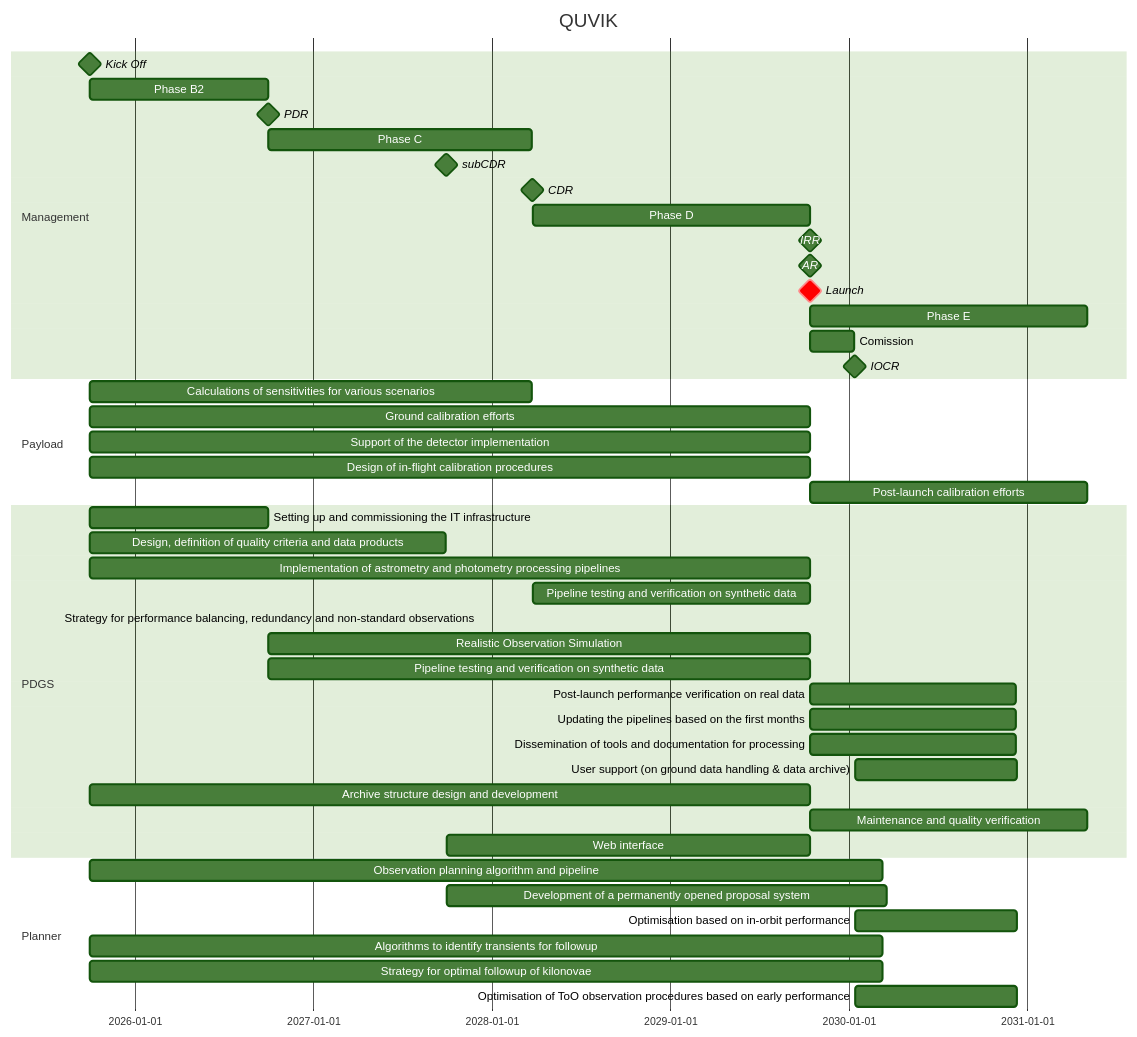
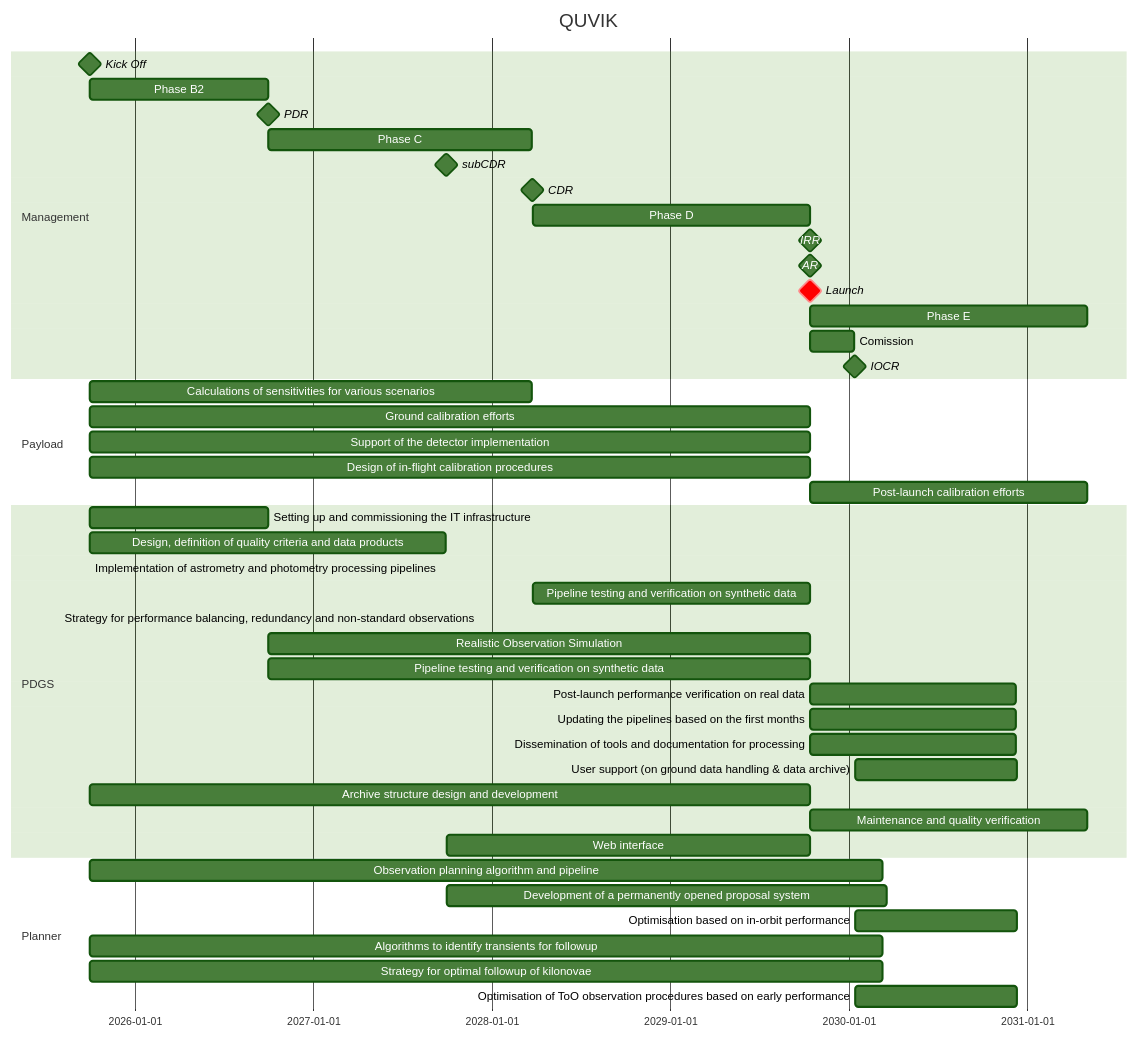
The diagram in calib/Block.md (limu007/quvik), drawn with Mermaid (forest theme) before and after one commit.

````diff
--- a/calib/Block.md
+++ b/calib/Block.md
@@ -3,50 +3,50 @@
 ```mermaid
 gantt
     title QUVIK
     dateFormat  YYYY-MM-DD
     section Management
     Kick Off : milestone, m1, 2025-09-31, 1d
     Phase B2 : b2, after m1, 52w
     PDR : milestone, pdr, after b2, 1d
     Phase C : c1, after pdr, 77w
     subCDR :  milestone, sc1, after des, 1d
     CDR : milestone, cdr, after c1, 1d
     Phase D : d1, after cdr, 81w
     IRR : milestone, irr, after d1, 1d
     AR : milestone, ar, after d1, 1d
     Launch : crit, milestone, frr, after d1, 1d
     Phase E : e1, after frr, 81w
     Comission : e2, after frr, 13w
     IOCR : milestone, iocr, after e2, 1d
 
     section Payload
     Calculations of sensitivities for various scenarios :  after m1 , until cdr
     Ground calibration efforts :  after m1 , until ar
     Support of the detector implementation :  after m1 , until ar 
     Design of in-flight calibration procedures :  after m1 , until frr
     Post-launch calibration efforts :  after frr , 81w 
 
     section PDGS
     Setting up and commissioning the IT infrastructure : after m1, until pdr
     Design, definition of quality criteria and data products : 	des, after m1	, 104w
-    Implementation of astrometry and photometry processing pipelines : 	after m1 , until irr
+    Implementation of astrometry and photometry processing pipelines : 	after m1 , 39m
     Pipeline testing and verification on synthetic data : pp, after cdr, until frr
     Strategy for performance balancing, redundancy and non-standard observations :  after m1 , until arr
     Realistic Observation Simulation :  after pdr , until ar
     Pipeline testing and verification on synthetic data :  after pdr , until frr
     Post-launch performance verification on real data :  after frr , 420d
     Updating the pipelines based on the first months :  after frr , 420d
     Dissemination of tools and documentation for processing :  after frr , 420d
      User support (on ground data handling & data archive) :  after iocr , 330d
      Archive structure design and development :  after m1 , until frr
      Maintenance and quality verification :  after ar , 81w
      Web interface :  after sc1 , until frr
 
     section Planner
     Observation planning algorithm and pipeline :  after m1 , 1620d
     Development of a permanently opened proposal system :  after sc1 , 900d
     Optimisation based on in-orbit performance :  after iocr , 330d
     Algorithms to identify transients for followup :  after m1 , 1620d
     Strategy for optimal followup of kilonovae :  after m1 , 1620d
     Optimisation of ToO observation procedures based on early performance :  after iocr , 330d
 ```
````
